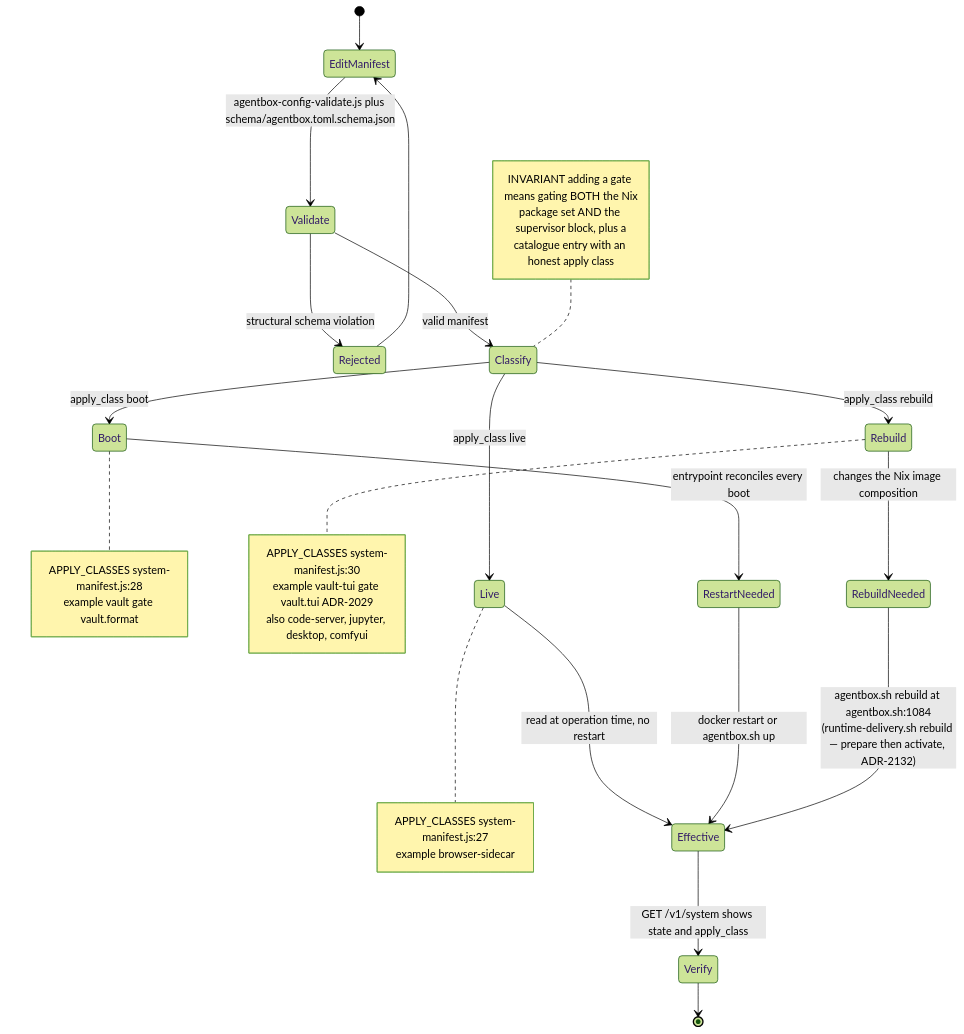
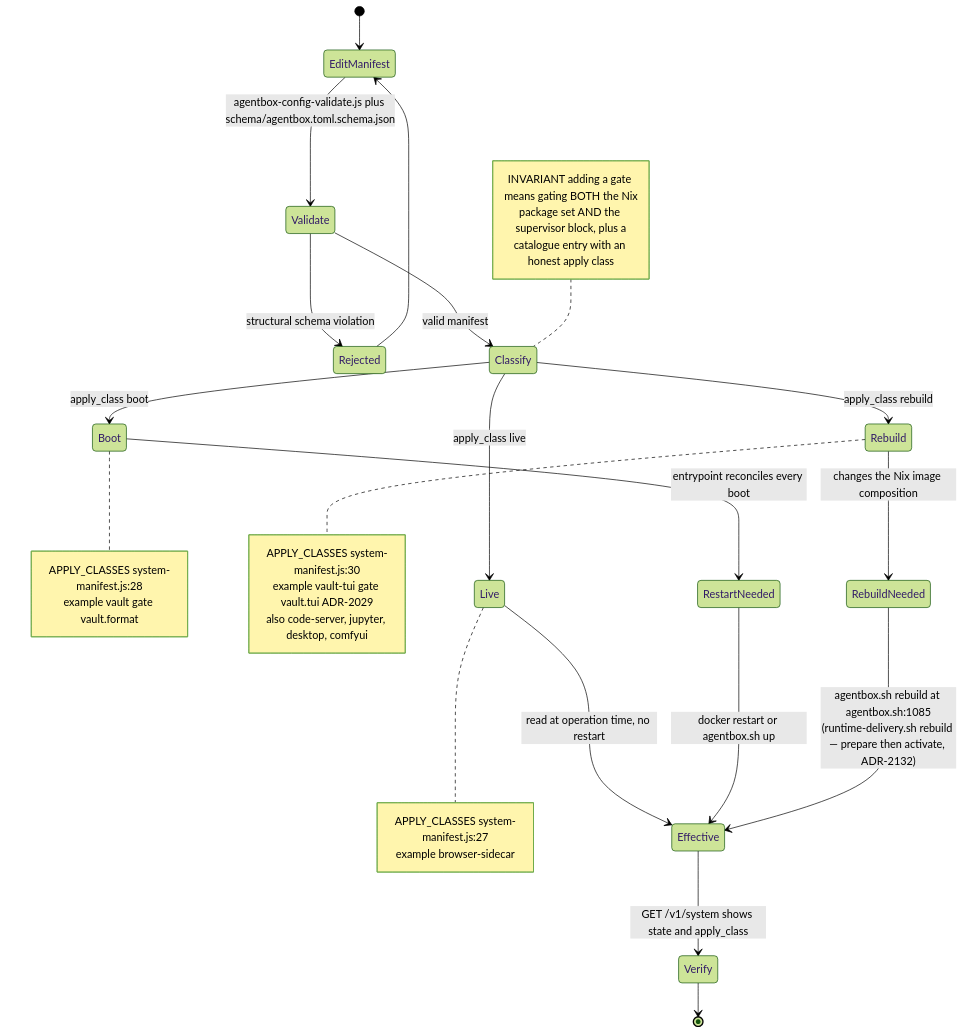
Before and after one commit to DreamLab-AI/VisionFlow: the ninth of 16 diagrams in docs/diagrams/agentbox/05-manifest-gates-and-cli.md, drawn with Mermaid (forest theme). The commit also changed other lines of this file and 173 other files, not shown here.

````diff
--- a/docs/diagrams/agentbox/05-manifest-gates-and-cli.md
+++ b/docs/diagrams/agentbox/05-manifest-gates-and-cli.md
@@ -300,40 +302,40 @@
 ```mermaid
 stateDiagram-v2
     [*] --> EditManifest
     EditManifest --> Validate: agentbox-config-validate.js plus schema/agentbox.toml.schema.json
     Validate --> Rejected: structural schema violation
     Validate --> Classify: valid manifest
     Rejected --> EditManifest
 
     Classify --> Live: apply_class live
     Classify --> Boot: apply_class boot
     Classify --> Rebuild: apply_class rebuild
 
     Live --> Effective: read at operation time, no restart
     Boot --> RestartNeeded: entrypoint reconciles every boot
     RestartNeeded --> Effective: docker restart or agentbox.sh up
     Rebuild --> RebuildNeeded: changes the Nix image composition
-    RebuildNeeded --> Effective: agentbox.sh rebuild at agentbox.sh:1084<br/>(runtime-delivery.sh rebuild — prepare then activate, ADR-2132)
+    RebuildNeeded --> Effective: agentbox.sh rebuild at agentbox.sh:1085<br/>(runtime-delivery.sh rebuild — prepare then activate, ADR-2132)
 
     Effective --> Verify: GET /v1/system shows state and apply_class
     Verify --> [*]
 
     note right of Live
         APPLY_CLASSES system-manifest.js:27
         example browser-sidecar
     end note
     note right of Boot
         APPLY_CLASSES system-manifest.js:28
         example vault gate vault.format
     end note
     note right of Rebuild
         APPLY_CLASSES system-manifest.js:30
         example vault-tui gate vault.tui ADR-2029
         also code-server, jupyter, desktop, comfyui
     end note
     note left of Classify
         INVARIANT adding a gate means gating BOTH the Nix
         package set AND the supervisor block, plus a
         catalogue entry with an honest apply class
     end note
 ```
````
